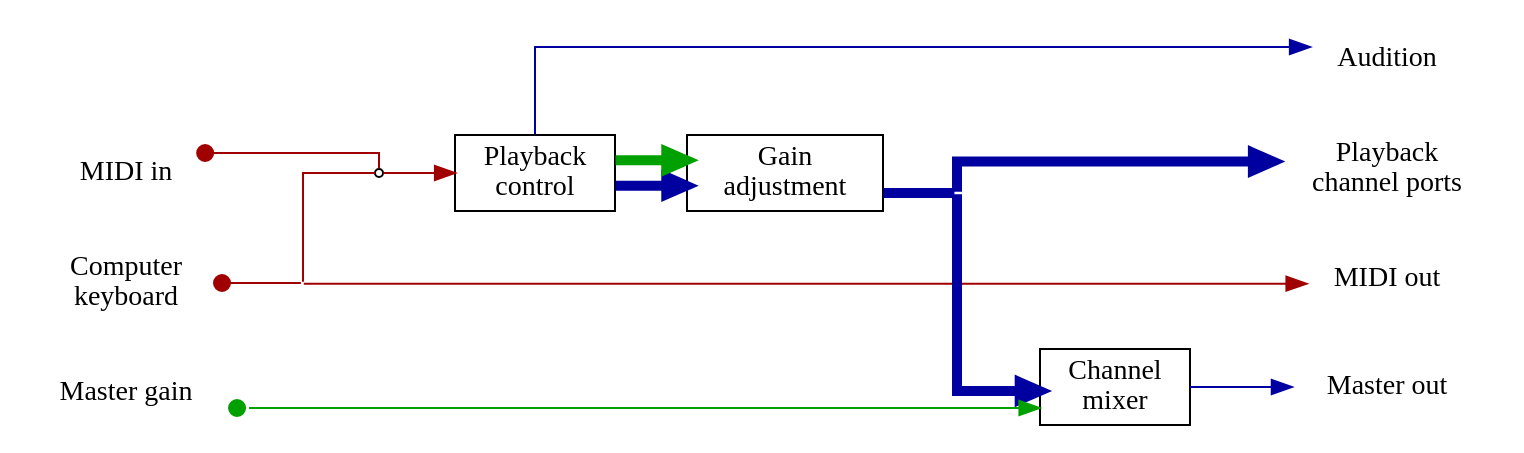
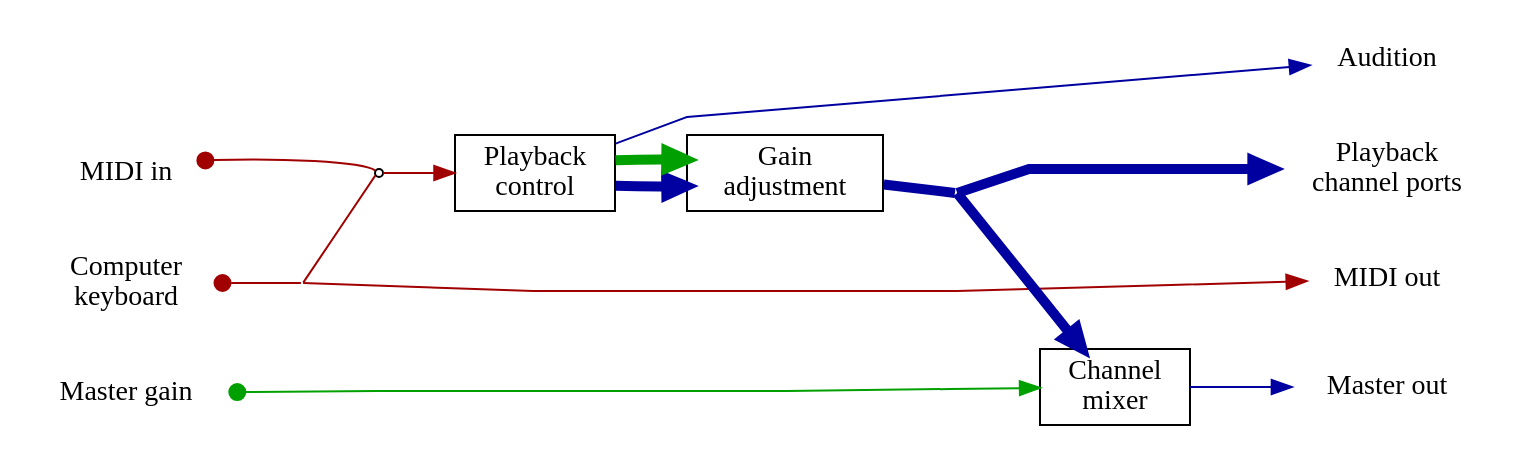
The diagram in doc/signalflow.dot (milasudril/anja), drawn with Graphviz before and after one commit. The commit also changed 3 other files, not shown here.

Commit message:
Shellscript for generating svg from graph

```diff
--- a/doc/signalflow.dot
+++ b/doc/signalflow.dot
@@ -1,38 +1,38 @@
 digraph "signalflow"
 	{
+	splines=polyline
 	rankdir="LR"
-	splines=ortho
 	node[shape="box"];
 	edge[color="#a00000"]
 	"Computer\nkeyboard"[shape=none]
 	"Computer\nkeyboard"->junction_2[arrowhead=none,arrowtail=dot,dir=both]
 	"junction_2"->"MIDI out"
 	"junction_2"->"junction_0"[arrowhead=none]
 	"MIDI in"->junction_0[style=invis]
 	dummy_0->"MIDI out"[style=invis]
 	"MIDI out"[shape=none]
 	"MIDI in"->junction_0[arrowhead=none,arrowtail=dot,dir=both]
 	"MIDI in"[shape=none]
 	"junction_0"->"Playback\ncontrol"
 	"Playback\ncontrol"->"Gain\nadjustment"[penwidth = 5,color="#0000a0"]
 	"Audition"[shape=none]
 	"Playback\ncontrol"->"Audition"[color="#0000a0"]
 	"Playback\ncontrol"->"Gain\nadjustment"[penwidth = 5,color="#00a000"]
 	"Gain\nadjustment"->"junction_1"[penwidth = 5,color="#0000a0",arrowhead=none]
 	"junction_1"->"Channel\nmixer"[penwidth = 5,color="#0000a0"]
 	"junction_1"->"Playback\nchannel ports"[penwidth = 5,color="#0000a0"]
 	"junction_1"->dummy_0[style=invis]
 	dummy_0->"Playback\nchannel ports"[style=invis]
 	dummy_0->"Audition"[style=invis]
 	dummy_0[style=invis,width=0.0,height=0.0]
-	"Master gain"->"Channel\nmixer"[color="#00a000",arrowtail=normal,arrowhead=dot,dir=both]
+	"Master gain"->"Channel\nmixer"[color="#00a000",arrowtail=dot,dir=both]
 	"Master out"[shape=none]
 	"junction_1"[style=invis,label="",fixedsize=true,width=0,height=0]
 	"junction_2"[style=invis,label="",fixedsize=true,width=0,height=0]
 	"junction_0"[shape=oval,label="",fixedsize=true,width=0.05,height=0.05]
 	"Playback\nchannel ports"[shape=none]
 	"Channel\nmixer"->"Master out"[color="#0000a0"]
 	"Master gain"[shape=none]
 	"Master gain"->junction_2[style=invis]
 	"MIDI in"->junction_2[style=invis]
 	}
```
